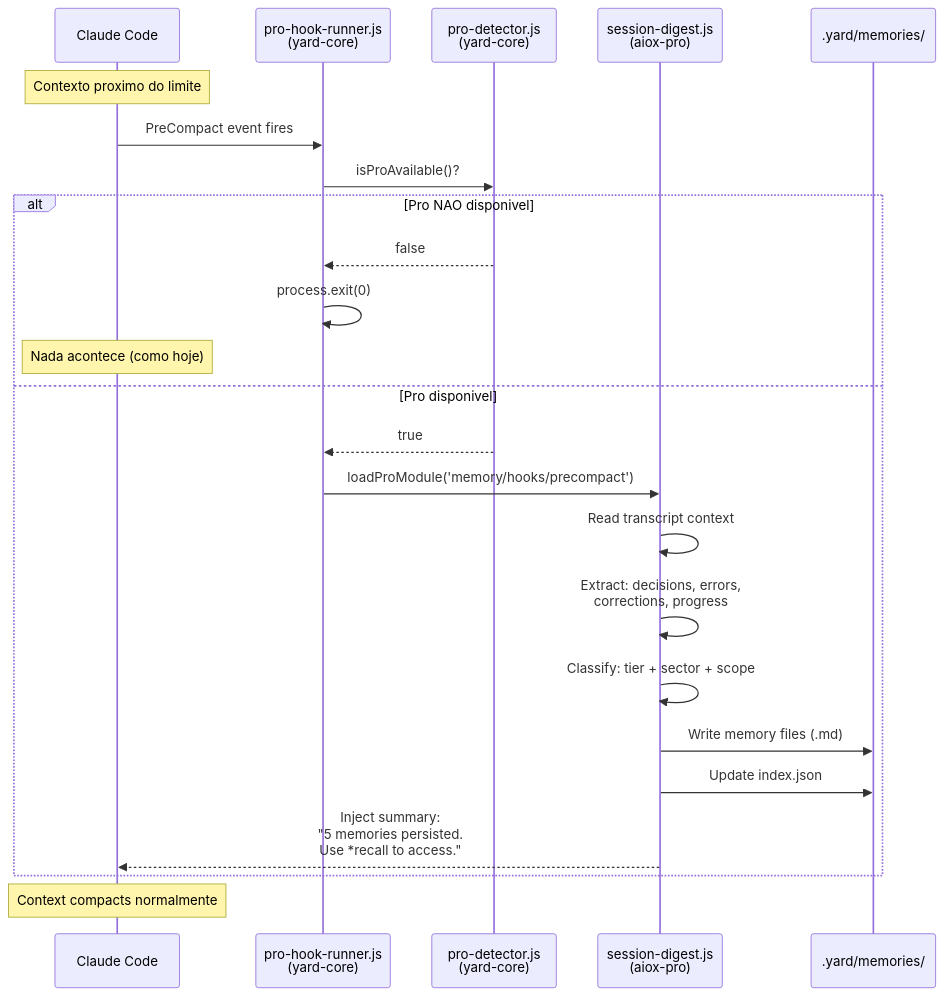
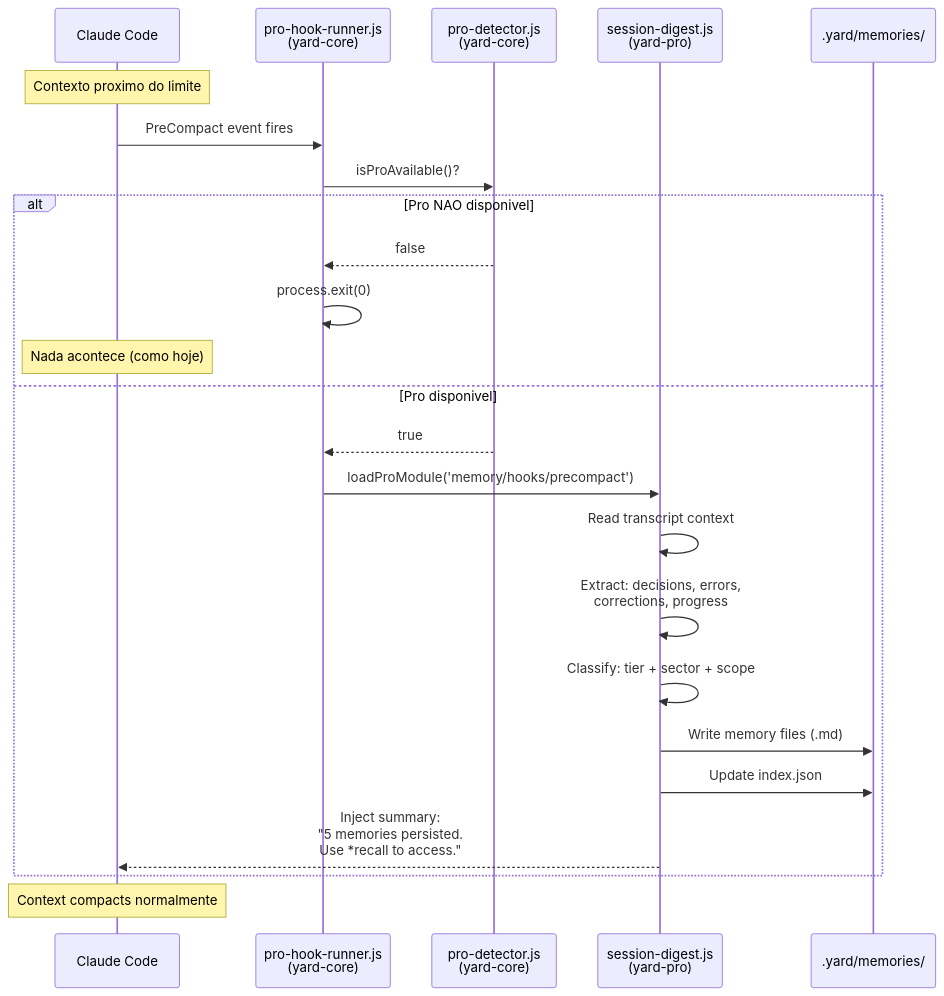
One commit to ernesto-langa/yard-core changed the ninth of 11 diagrams in docs/guides/MEMORY-INTELLIGENCE-SYSTEM.md. Above: the diagram before and after it, drawn with Mermaid. The commit also changed other lines of this file and 529 other files, not shown here.

````diff
--- a/docs/guides/MEMORY-INTELLIGENCE-SYSTEM.md
+++ b/docs/guides/MEMORY-INTELLIGENCE-SYSTEM.md
@@ -671,31 +671,31 @@
 ```mermaid
 sequenceDiagram
     participant CC as Claude Code
     participant HR as pro-hook-runner.js<br/>(yard-core)
     participant PD as pro-detector.js<br/>(yard-core)
-    participant SD as session-digest.js<br/>(aiox-pro)
+    participant SD as session-digest.js<br/>(yard-pro)
     participant FS as .yard/memories/
 
     Note over CC: Contexto proximo do limite
 
     CC->>HR: PreCompact event fires
     HR->>PD: isProAvailable()?
 
     alt Pro NAO disponivel
         PD-->>HR: false
         HR->>HR: process.exit(0)
         Note over CC: Nada acontece (como hoje)
     else Pro disponivel
         PD-->>HR: true
         HR->>SD: loadProModule('memory/hooks/precompact')
 
         SD->>SD: Read transcript context
         SD->>SD: Extract: decisions, errors,<br/>corrections, progress
         SD->>SD: Classify: tier + sector + scope
         SD->>FS: Write memory files (.md)
         SD->>FS: Update index.json
         SD-->>CC: Inject summary:<br/>"5 memories persisted.<br/>Use *recall to access."
     end
 
     Note over CC: Context compacts normalmente
 ```
````
